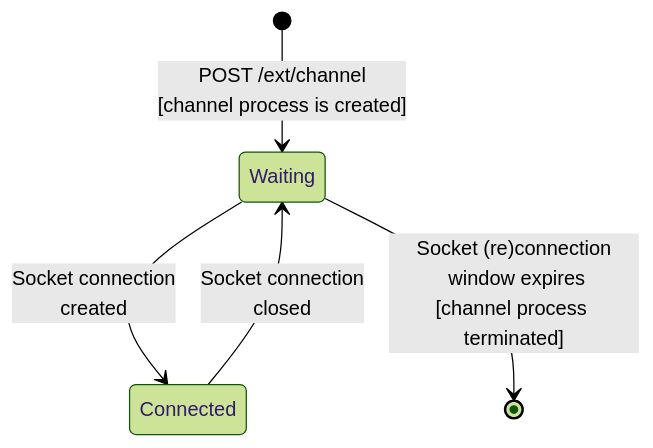
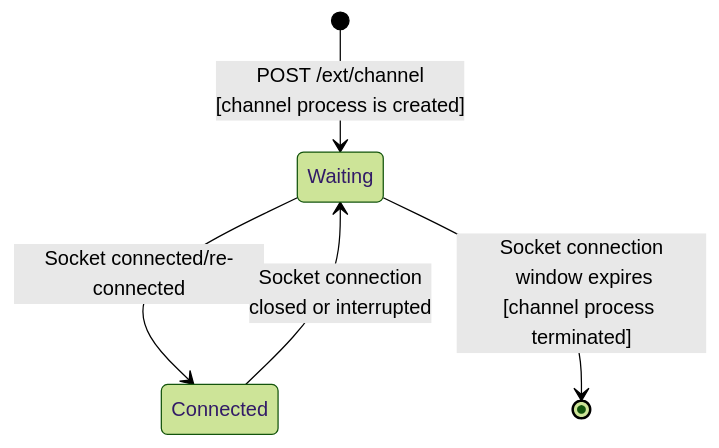
Before and after one commit to bancolombia/async-dataflow: the diagram in channel-sender/docs/channel-state.md, drawn with Mermaid (forest theme). The commit also changed other lines of this file and 9 other files, not shown here.

Commit message:
feat: changed how much time channel remains in waiting state

````diff
--- a/channel-sender/docs/channel-state.md
+++ b/channel-sender/docs/channel-state.md
@@ -10,7 +10,7 @@
 ```mermaid
 stateDiagram
 [*] --> Waiting: POST /ext/channel<br>[channel process is created]
-Waiting --> Connected: Socket connection<br>created
-Connected --> Waiting: Socket connection <br> closed
-Waiting --> [*]: Socket (re)connection<br> window expires<br>[channel process terminated]
+Waiting --> Connected: Socket connected/re-connected
+Connected --> Waiting: Socket connection <br> closed or interrupted
+Waiting --> [*]: Socket connection<br> window expires<br>[channel process terminated]
 ```
````
